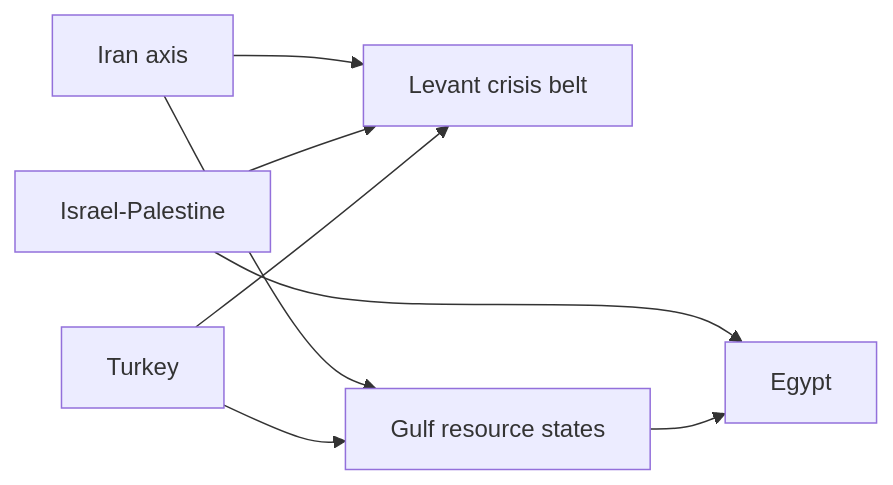
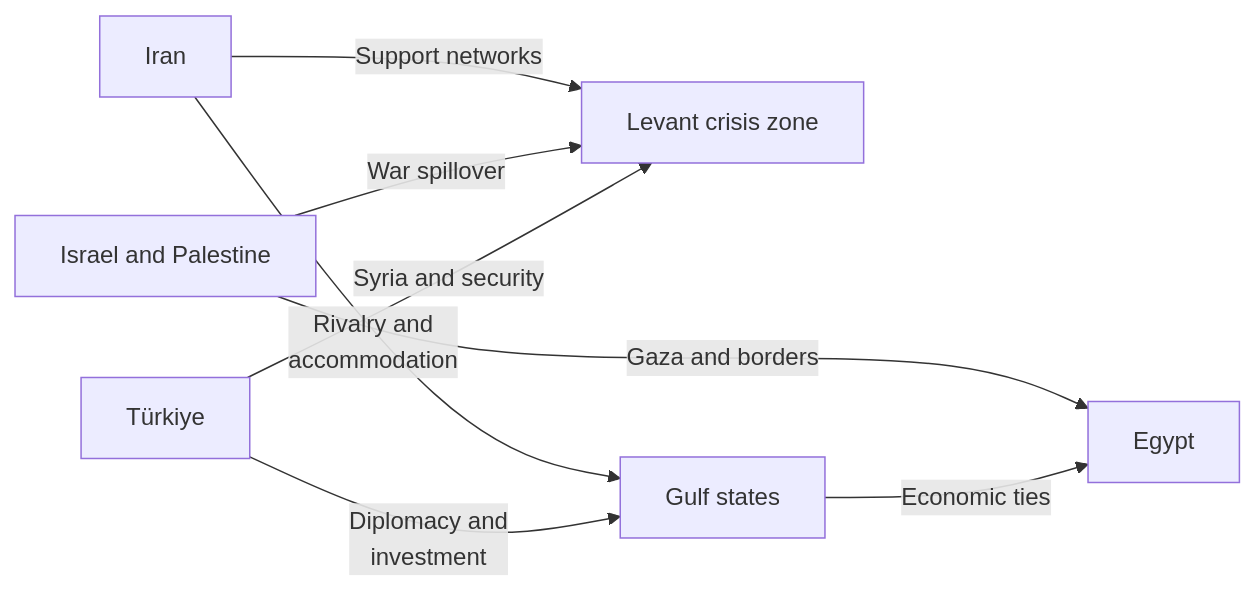
Before and after one commit to daylight55/research: the second of 2 diagrams in articles/report/middle-east-country-histories-current-issues/en/index.mdx, drawn with Mermaid. The commit also changed other lines of this file and 181 other files, not shown here.

First line of the commit message:
全記事の図解368点を再生成し、共通注意書きを削除 (#402)

````diff
--- a/articles/report/middle-east-country-histories-current-issues/en/index.mdx
+++ b/articles/report/middle-east-country-histories-current-issues/en/index.mdx
@@ -113,17 +116,18 @@
 ```mermaid
 flowchart LR
-  Iran["Iran axis"]
-  Levant["Levant crisis belt"]
-  IsraelPal["Israel-Palestine"]
-  Gulf["Gulf resource states"]
-  Egypt["Egypt"]
-  Turkey["Turkey"]
-
-  Iran --> Levant
-  Iran --> Gulf
-  IsraelPal --> Egypt
-  IsraelPal --> Levant
-  Gulf --> Egypt
-  Turkey --> Levant
-  Turkey --> Gulf
+  accTitle: Read Middle Eastern relations by region and bargaining issue
+  accDescr: Distinguish the security and economic relationships linking Iran, the Levant, the Gulf, Egypt and Türkiye.
+  N0["Iran"]
+  N1["Levant crisis zone"]
+  N2["Israel and Palestine"]
+  N3["Gulf states"]
+  N4["Egypt"]
+  N5["Türkiye"]
+  N0 -->|Support networks| N1
+  N0 -->|Rivalry and<br/>accommodation| N3
+  N2 -->|War spillover| N1
+  N2 -->|Gaza and borders| N4
+  N3 -->|Economic ties| N4
+  N5 -->|Syria and security| N1
+  N5 -->|Diplomacy and<br/>investment| N3
 ```
````
